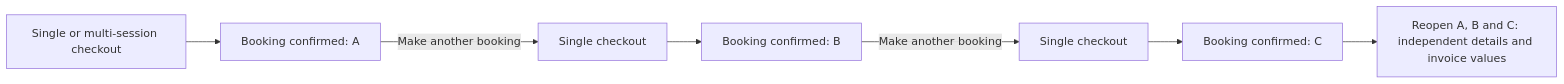
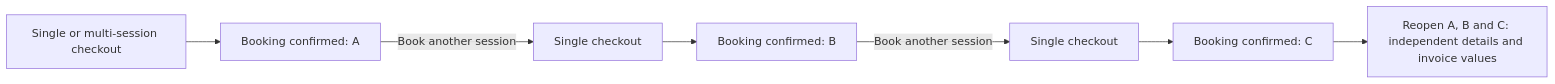
Before and after one commit to soccerbotstudiosg/soccerbotstudioSG: diagram 17 of 19 in docs/booking-flows.md, drawn with Mermaid. The commit also changed other lines of this file and 49 other files, not shown here.

````diff
--- a/docs/booking-flows.md
+++ b/docs/booking-flows.md
@@ -306,9 +308,9 @@
 ```mermaid
 flowchart LR
   A["Single or multi-session checkout"] --> B["Booking confirmed: A"]
-  B -->|Make another booking| C["Single checkout"]
+  B -->|Book another session| C["Single checkout"]
   C --> D["Booking confirmed: B"]
-  D -->|Make another booking| E["Single checkout"]
+  D -->|Book another session| E["Single checkout"]
   E --> F["Booking confirmed: C"]
   F --> G["Reopen A, B and C: independent details and invoice values"]
 ```
````
